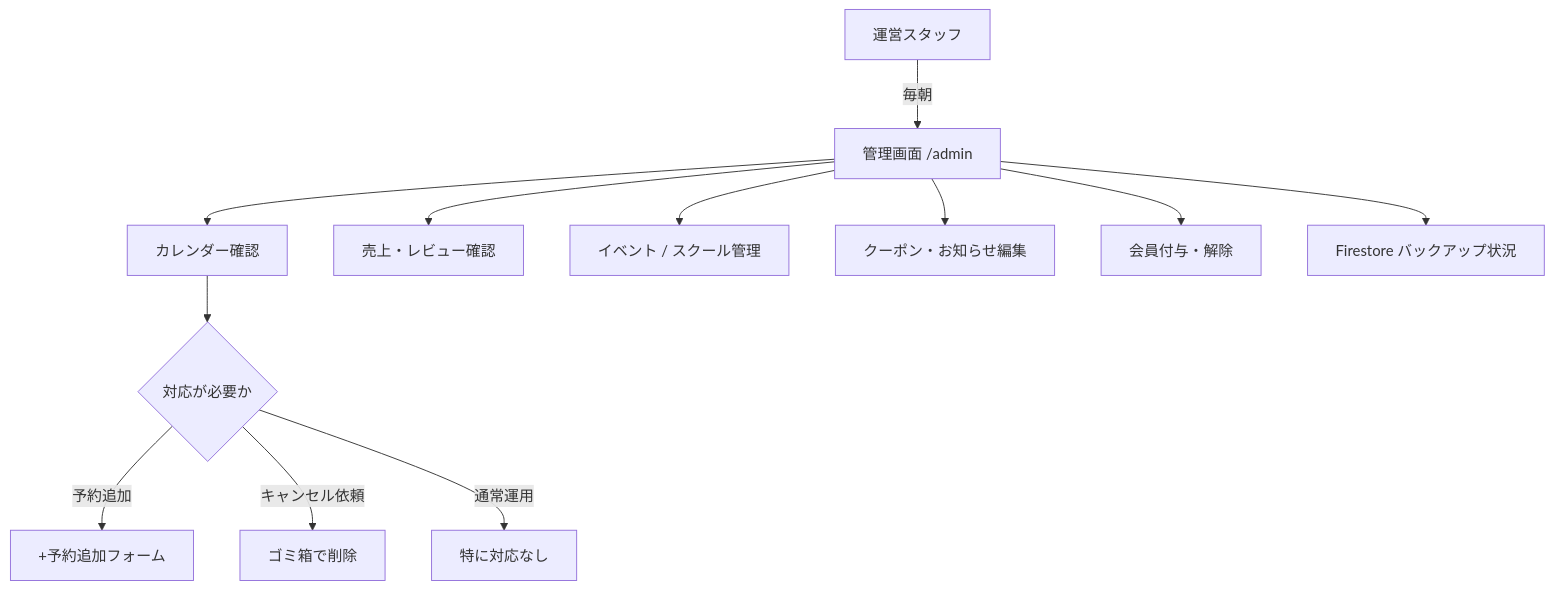
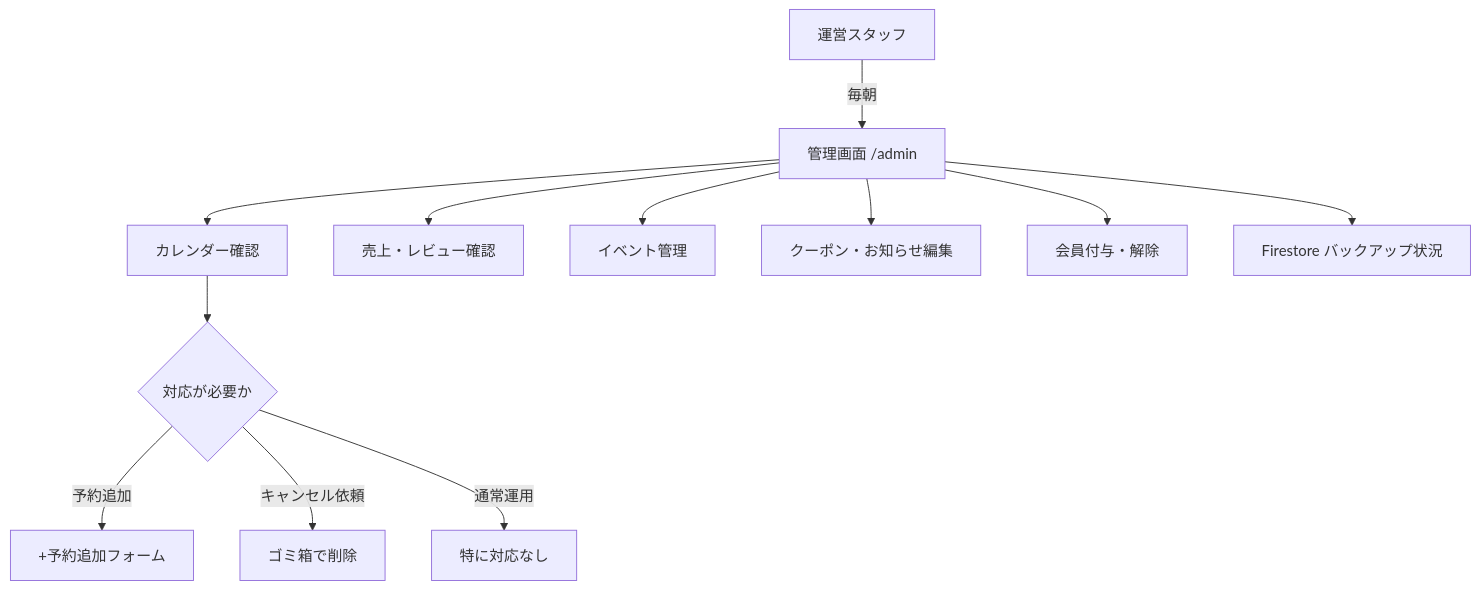
Before and after one commit to Getabako/LINE_checkIn: the second of 9 diagrams in Document/11_運用フロー・システムフロー.md, drawn with Mermaid. The commit also changed 21 other files, not shown here.

````diff
--- a/Document/11_運用フロー・システムフロー.md
+++ b/Document/11_運用フロー・システムフロー.md
@@ -33,14 +33,14 @@
 ```mermaid
 graph TD
   S["運営スタッフ"] -->|"毎朝"| A1["管理画面 /admin"]
   A1 --> B1["カレンダー確認"]
   B1 --> C1{"対応が必要か"}
   C1 -->|"予約追加"| D1["+予約追加フォーム"]
   C1 -->|"キャンセル依頼"| D2["ゴミ箱で削除"]
   C1 -->|"通常運用"| D3["特に対応なし"]
   A1 --> B2["売上・レビュー確認"]
-  A1 --> B3["イベント / スクール管理"]
+  A1 --> B3["イベント管理"]
   A1 --> B4["クーポン・お知らせ編集"]
   A1 --> B5["会員付与・解除"]
   A1 --> B6["Firestore バックアップ状況"]
 ```
````
